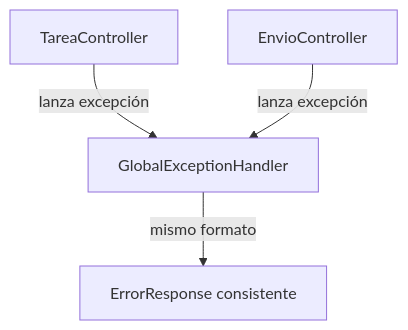
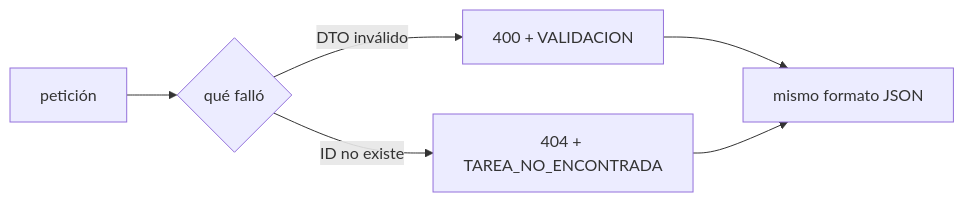
One commit to NICORUIZ93/The_Imperial_Book changed the second of 4 diagrams in web/public/content/spring-boot/modulo-2.md. Above: the diagram before and after it, drawn with Mermaid. The commit also changed other lines of this file and 12 other files, not shown here.

````diff
--- a/web/public/content/spring-boot/modulo-2.md
+++ b/web/public/content/spring-boot/modulo-2.md
@@ -406,6 +394,8 @@
 ```mermaid
-flowchart TD
-  A["TareaController"] -->|lanza excepción| C["GlobalExceptionHandler"]
-  B["EnvioController"] -->|lanza excepción| C
-  C -->|mismo formato| D["ErrorResponse consistente"]
+flowchart LR
+  A["petición"] --> B{"qué falló"}
+  B -->|DTO inválido| C["400 + VALIDACION"]
+  B -->|ID no existe| D["404 + TAREA_NO_ENCONTRADA"]
+  C --> E["mismo formato JSON"]
+  D --> E
 ```
````
